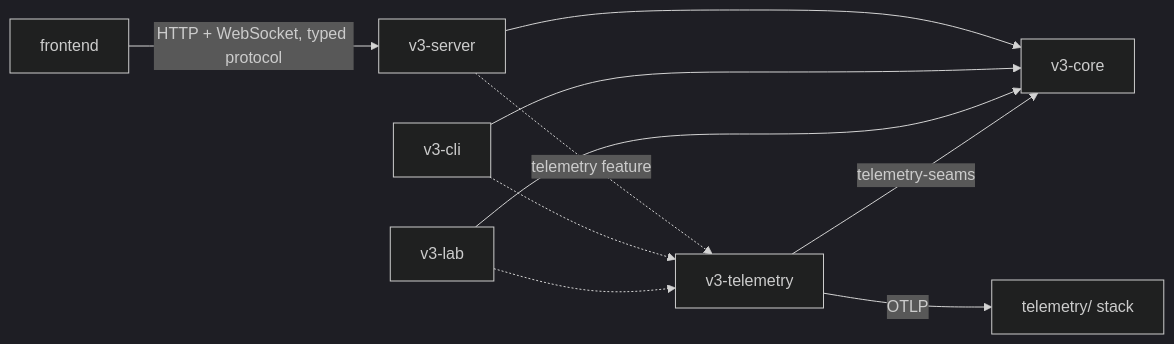
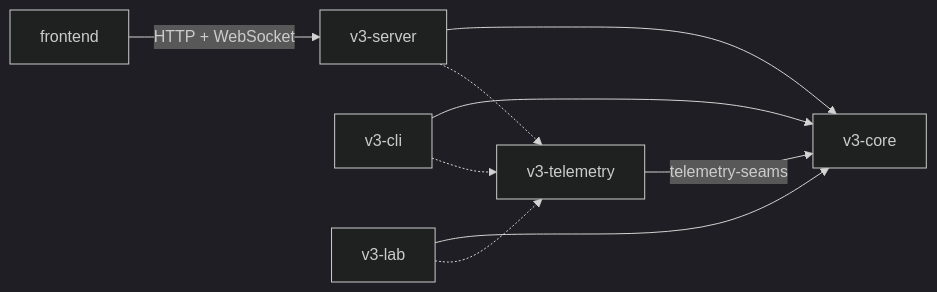
Before and after one commit to iadknet/petri: the first of 2 diagrams in docs/architecture.md, drawn with Mermaid (dark theme). The commit also changed other lines of this file and 22 other files, not shown here.

First line of the commit message:
docs(architecture): trim to five sections, a dependency order, six T30 rows and lighter hooks

````diff
--- a/docs/architecture.md
+++ b/docs/architecture.md
@@ -44,12 +45,11 @@
 ```mermaid
 flowchart LR
-  FE["frontend"] -->|"HTTP + WebSocket, typed protocol"| SRV["v3-server"]
+  FE["frontend"] -->|"HTTP + WebSocket"| SRV["v3-server"]
   SRV --> CORE["v3-core"]
   CLI["v3-cli"] --> CORE
   LAB["v3-lab"] --> CORE
   TEL["v3-telemetry"] -->|"telemetry-seams"| CORE
-  SRV -.->|"telemetry feature"| TEL
+  SRV -.-> TEL
   CLI -.-> TEL
   LAB -.-> TEL
-  TEL -->|"OTLP"| STACK["telemetry/ stack"]
 ```
````
